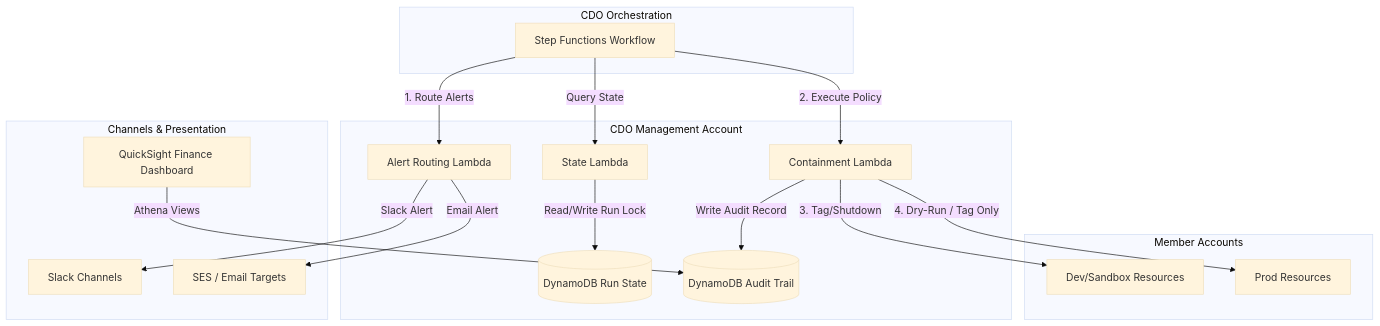
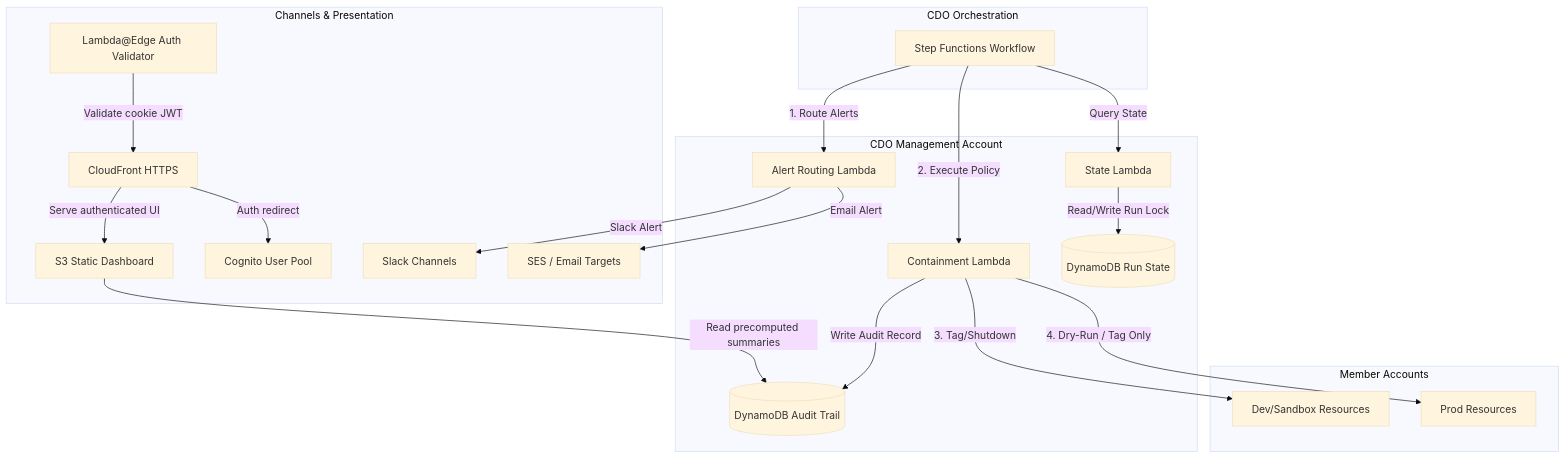
The fifth of 5 diagrams in docs/tf2-finops/02_infra_design.md (hungxqt/tf2-finops-iac), drawn with Mermaid (base theme) before and after one commit. The commit also changed other lines of this file and 79 other files, not shown here.

````diff
--- a/docs/tf2-finops/02_infra_design.md
+++ b/docs/tf2-finops/02_infra_design.md
@@ -218,29 +240,32 @@
 ```mermaid
 graph TB
     subgraph "CDO Orchestration"
         SF[Step Functions Workflow]
     end
 
     subgraph "Member Accounts"
         DevSand[Dev/Sandbox Resources]
         Prod[Prod Resources]
     end
 
     subgraph "CDO Management Account"
         SF -->|1. Route Alerts| AlertLambda[Alert Routing Lambda]
         SF -->|2. Execute Policy| ContLambda[Containment Lambda]
         
         StateLambda[State Lambda] -->|Read/Write Run Lock| StateDB[(DynamoDB Run State)]
         SF -->|Query State| StateLambda
         
         ContLambda -->|Write Audit Record| AuditDB[(DynamoDB Audit Trail)]
         ContLambda -->|3. Tag/Shutdown| DevSand
         ContLambda -->|4. Dry-Run / Tag Only| Prod
     end
 
     subgraph "Channels & Presentation"
         AlertLambda -->|Slack Alert| Slack[Slack Channels]
         AlertLambda -->|Email Alert| SES[SES / Email Targets]
-        Dashboard[QuickSight Finance Dashboard] -->|Athena Views| AuditDB
+        CloudFront[CloudFront HTTPS] -->|Serve authenticated UI| S3Dashboard2[S3 Static Dashboard]
+        S3Dashboard2 -->|Read precomputed summaries| AuditDB
+        CloudFront -->|Auth redirect| Cognito[Cognito User Pool]
+        LambdaEdge["Lambda@Edge Auth Validator"] -->|Validate cookie JWT| CloudFront
     end
 ```
````
